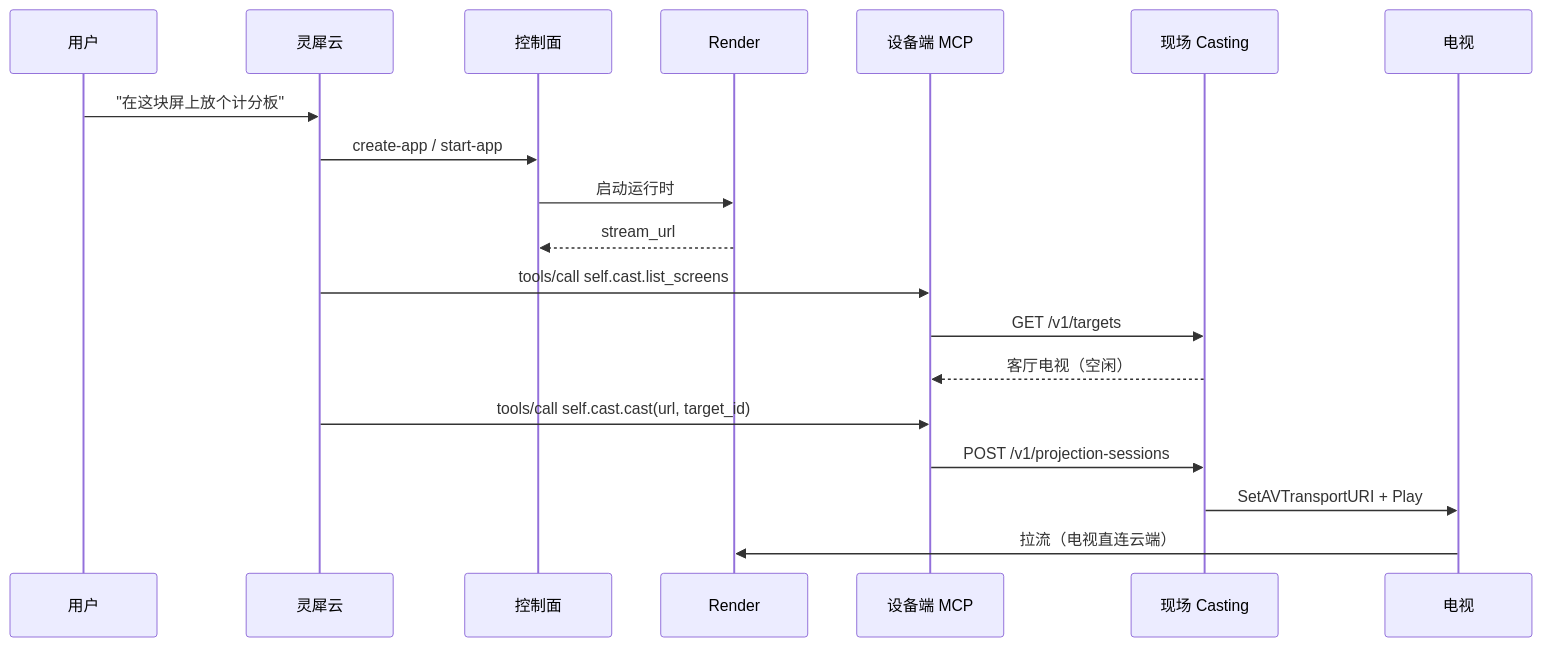
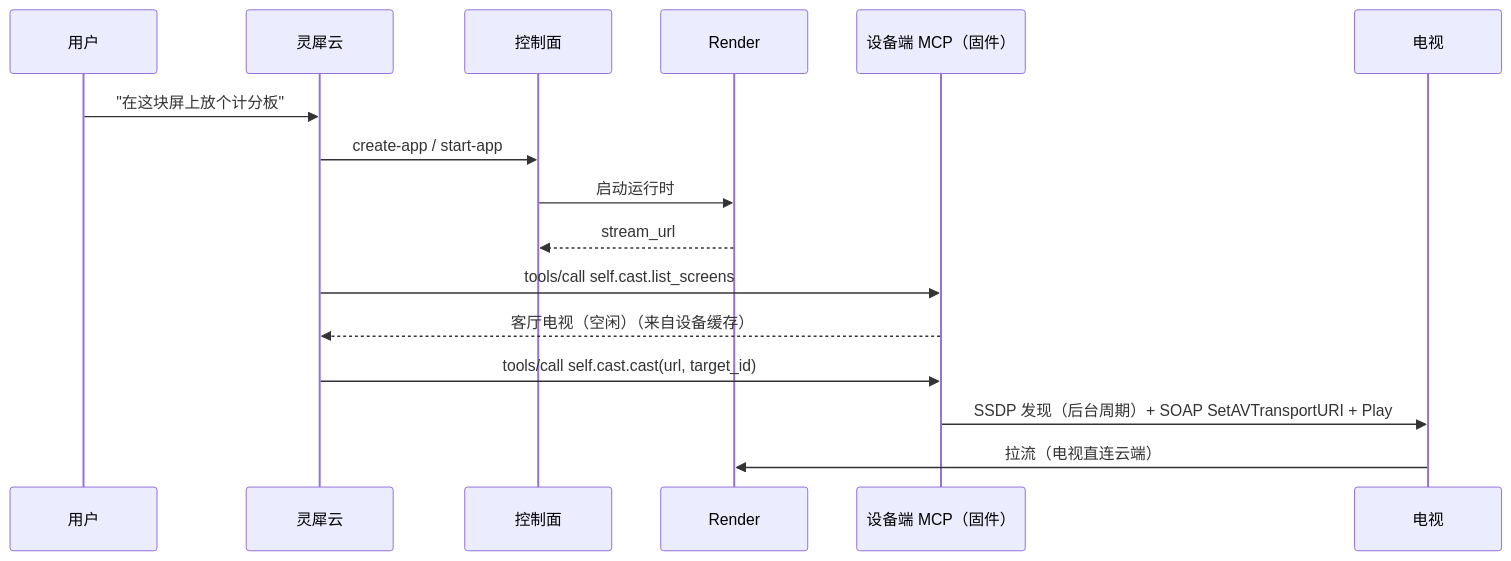
Before and after one commit to open-anywhere/open-anywhere: the diagram in docs/architecture/home-casting.md, drawn with Mermaid. The commit also changed other lines of this file and 6 other files, not shown here.

First line of the commit message:
docs(casting): 投屏改由固件内置 SSDP 与 DLNA 完成

````diff
--- a/docs/architecture/home-casting.md
+++ b/docs/architecture/home-casting.md
@@ -15,22 +14,19 @@
 ```mermaid
 sequenceDiagram
   participant U as 用户
   participant L as 灵犀云
   participant C as 控制面
   participant R as Render
-  participant D as 设备端 MCP
-  participant S as 现场 Casting
+  participant D as 设备端 MCP（固件）
   participant T as 电视
 
   U->>L: "在这块屏上放个计分板"
   L->>C: create-app / start-app
   C->>R: 启动运行时
   R-->>C: stream_url
   L->>D: tools/call self.cast.list_screens
-  D->>S: GET /v1/targets
-  S-->>D: 客厅电视（空闲）
+  D-->>L: 客厅电视（空闲）（来自设备缓存）
   L->>D: tools/call self.cast.cast(url, target_id)
-  D->>S: POST /v1/projection-sessions
-  S->>T: SetAVTransportURI + Play
+  D->>T: SSDP 发现（后台周期）+ SOAP SetAVTransportURI + Play
   T->>R: 拉流（电视直连云端）
 ```
````
